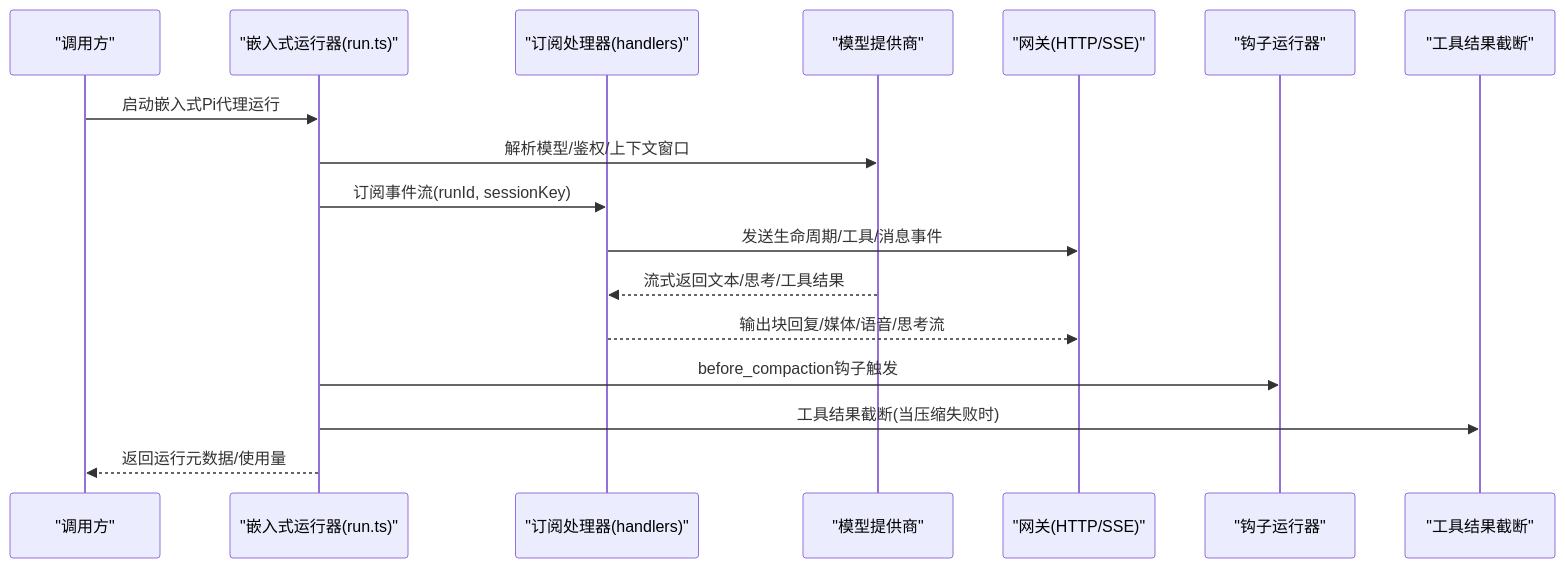
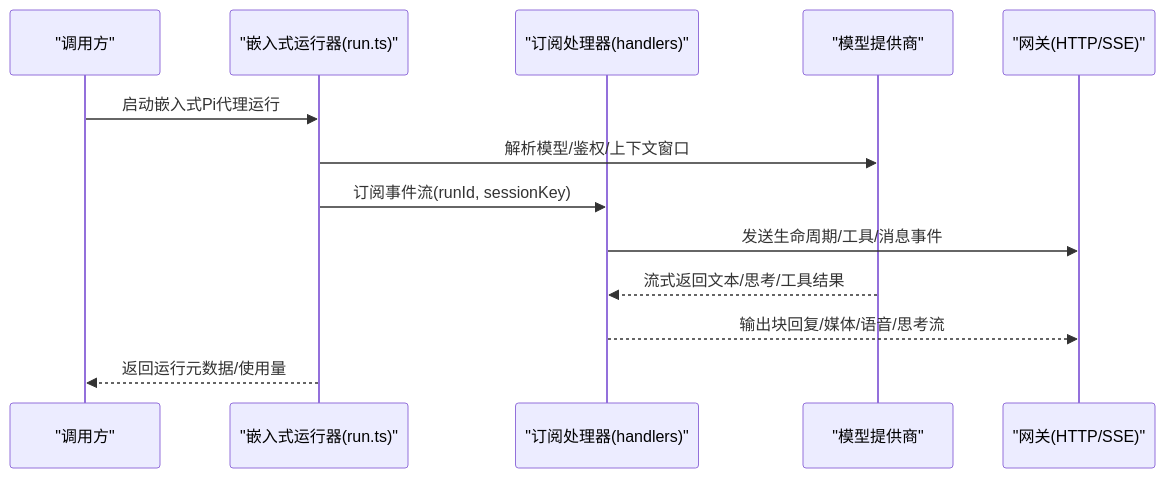
One commit to openclaw/openclaw changed the second of 5 diagrams in .qoder/repowiki/zh/content/代理系统/Pi Agent运行时.md. Above: the diagram before and after it, drawn with Mermaid. The commit also changed other lines of this file and 1 other file, not shown here.

````diff
--- a/.qoder/repowiki/zh/content/代理系统/Pi Agent运行时.md
+++ b/.qoder/repowiki/zh/content/代理系统/Pi Agent运行时.md
@@ -143,19 +132,15 @@
 ```mermaid
 sequenceDiagram
 participant Caller as "调用方"
 participant Runner as "嵌入式运行器(run.ts)"
 participant Sub as "订阅处理器(handlers)"
 participant Prov as "模型提供商"
 participant Gate as "网关(HTTP/SSE)"
-participant Hook as "钩子运行器"
-participant Trunc as "工具结果截断"
 Caller->>Runner : 启动嵌入式Pi代理运行
 Runner->>Prov : 解析模型/鉴权/上下文窗口
 Runner->>Sub : 订阅事件流(runId, sessionKey)
 Sub->>Gate : 发送生命周期/工具/消息事件
 Prov-->>Sub : 流式返回文本/思考/工具结果
 Sub-->>Gate : 输出块回复/媒体/语音/思考流
-Runner->>Hook : before_compaction钩子触发
-Runner->>Trunc : 工具结果截断(当压缩失败时)
 Runner-->>Caller : 返回运行元数据/使用量
 ```
````
